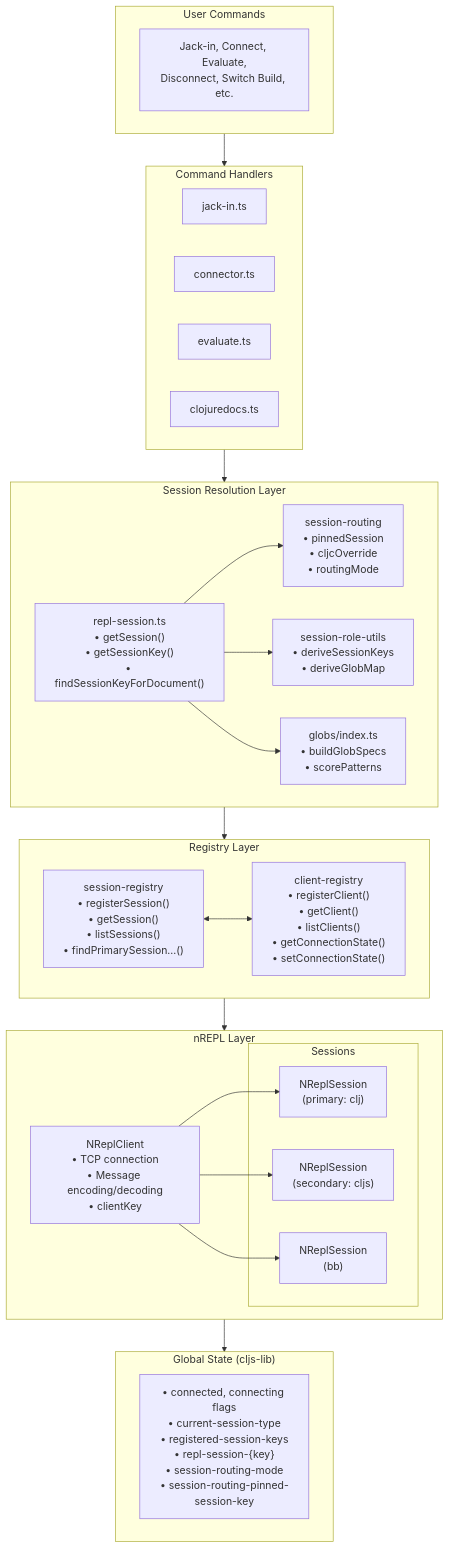
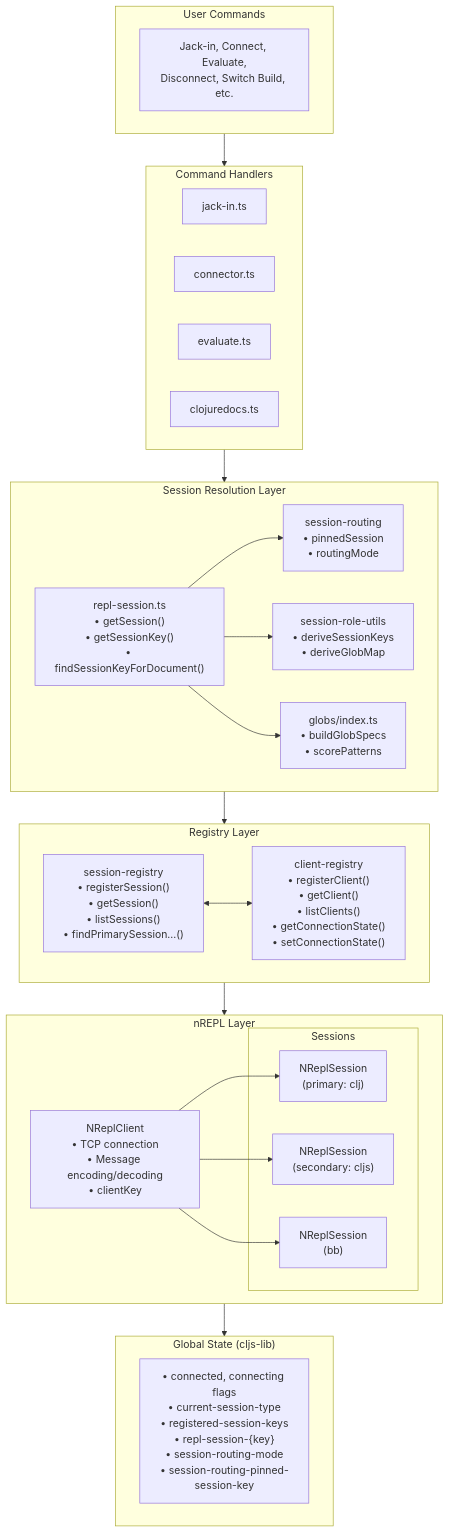
One commit to BetterThanTomorrow/calva changed the first of 7 diagrams in dev/docs/multi-session-architecture.md. Above: the diagram before and after it, drawn with Mermaid. The commit also changed other lines of this file, not shown here.

Commit message:
Update architecture description

````diff
--- a/dev/docs/multi-session-architecture.md
+++ b/dev/docs/multi-session-architecture.md
@@ -103,56 +103,56 @@
 ```mermaid
 flowchart TB
     subgraph UserCommands["User Commands"]
         CMD["Jack-in, Connect, Evaluate,<br/>Disconnect, Switch Build, etc."]
     end
 
     subgraph CommandHandlers["Command Handlers"]
         JI[jack-in.ts]
         CON[connector.ts]
         EVAL[evaluate.ts]
         CDOCS[clojuredocs.ts]
     end
 
     subgraph SessionResolution["Session Resolution Layer"]
         RS["repl-session.ts<br/>• getSession()<br/>• getSessionKey()<br/>• findSessionKeyForDocument()"]
 
-        SR["session-routing<br/>• pinnedSession<br/>• cljcOverride<br/>• routingMode"]
+        SR["session-routing<br/>• pinnedSession<br/>• routingMode"]
         SRU["session-role-utils<br/>• deriveSessionKeys<br/>• deriveGlobMap"]
         GLOBS["globs/index.ts<br/>• buildGlobSpecs<br/>• scorePatterns"]
 
         RS --> SR
         RS --> SRU
         RS --> GLOBS
     end
 
     subgraph RegistryLayer["Registry Layer"]
         SREG["session-registry<br/>• registerSession()<br/>• getSession()<br/>• listSessions()<br/>• findPrimarySession...()"]
         CREG["client-registry<br/>• registerClient()<br/>• getClient()<br/>• listClients()<br/>• getConnectionState()<br/>• setConnectionState()"]
 
         SREG <--> CREG
     end
 
     subgraph NReplLayer["nREPL Layer"]
         CLIENT["NReplClient<br/>• TCP connection<br/>• Message encoding/decoding<br/>• clientKey"]
 
         subgraph Sessions["Sessions"]
             S1["NReplSession<br/>(primary: clj)"]
             S2["NReplSession<br/>(secondary: cljs)"]
             S3["NReplSession<br/>(bb)"]
         end
 
         CLIENT --> S1
         CLIENT --> S2
         CLIENT --> S3
     end
 
     subgraph GlobalState["Global State (cljs-lib)"]
         STATE["• connected, connecting flags<br/>• current-session-type<br/>• registered-session-keys<br/>• repl-session-{key}<br/>• session-routing-mode<br/>• session-routing-pinned-session-key"]
     end
 
     UserCommands --> CommandHandlers
     CommandHandlers --> SessionResolution
     SessionResolution --> RegistryLayer
     RegistryLayer --> NReplLayer
     NReplLayer --> GlobalState
 ```
````
